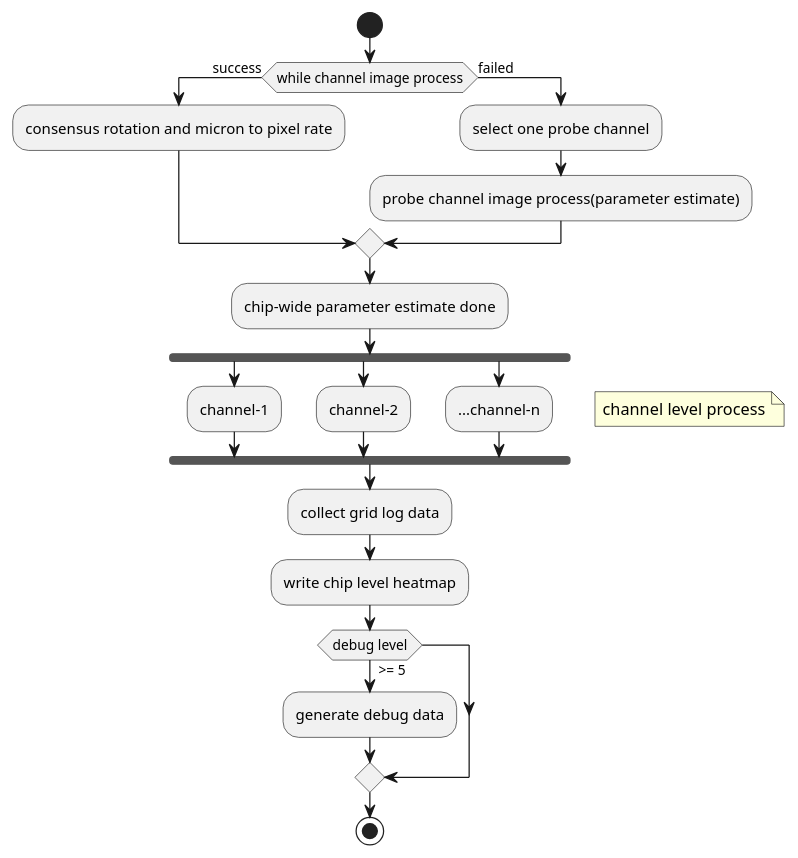
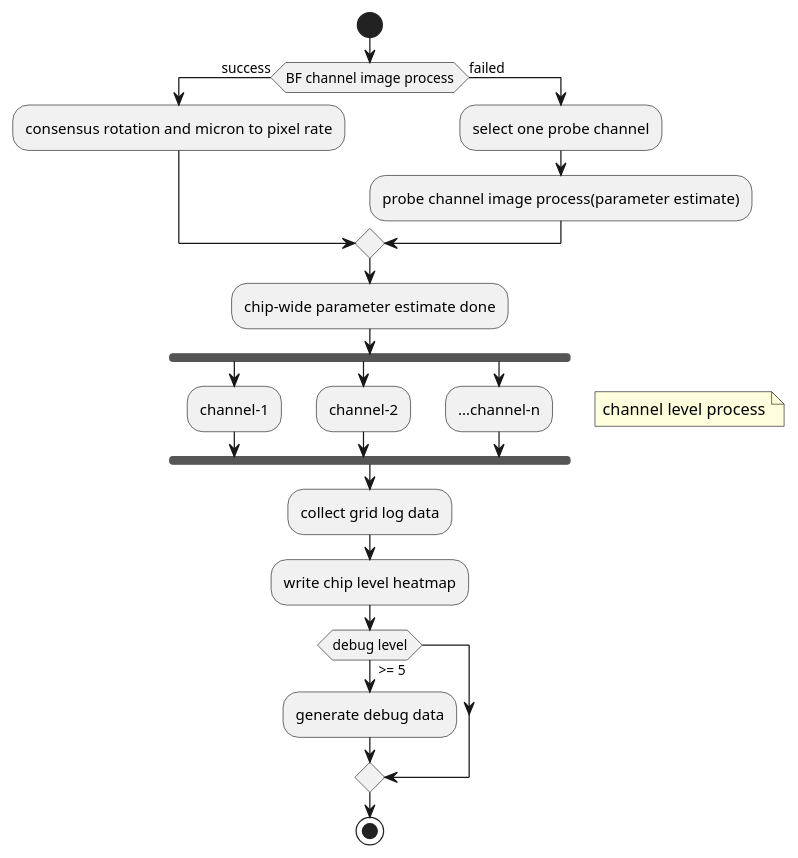
One commit to jeff665547/Project-Summit.Grid changed the first of 6 diagrams in doc/algorithm.md. Above: the diagram before and after it, drawn with PlantUML. The commit also changed other lines of this file and 1 other file, not shown here.

```diff
--- a/doc/algorithm.md
+++ b/doc/algorithm.md
@@ -39,26 +39,26 @@
 @startuml {chip-level-process.png}
 start
-if (while channel image process) then (success)
+if (BF channel image process) then (success)
     :consensus rotation and micron to pixel rate;
 else (failed)
     :select one probe channel;
     :probe channel image process(parameter estimate);
 endif
 :chip-wide parameter estimate done;
 fork
     :channel-1;
 fork again
     :channel-2;
 fork again
     :...channel-n;
 end fork
 note right
     channel level process
 end note
 :collect grid log data;
 :write chip level heatmap;
 if (debug level) then ( >= 5 )
     :generate debug data;
 endif
 stop
 @enduml
```
